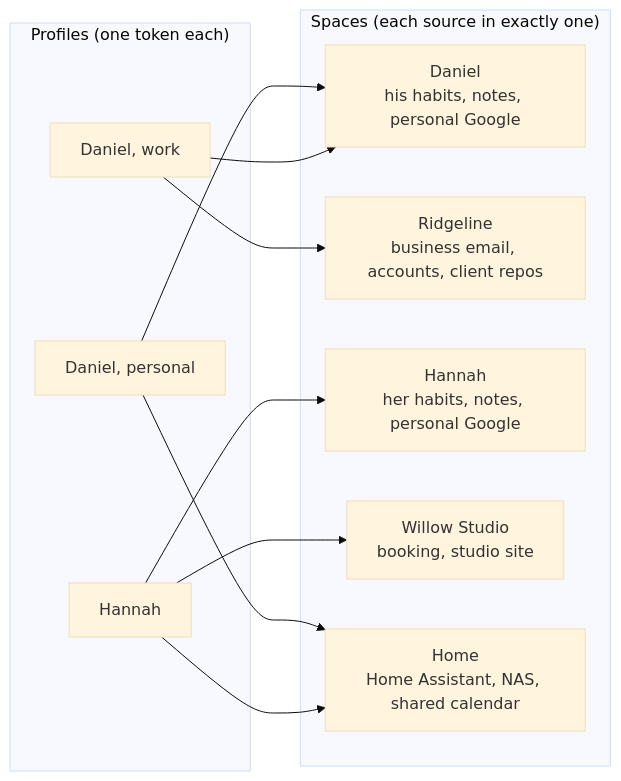
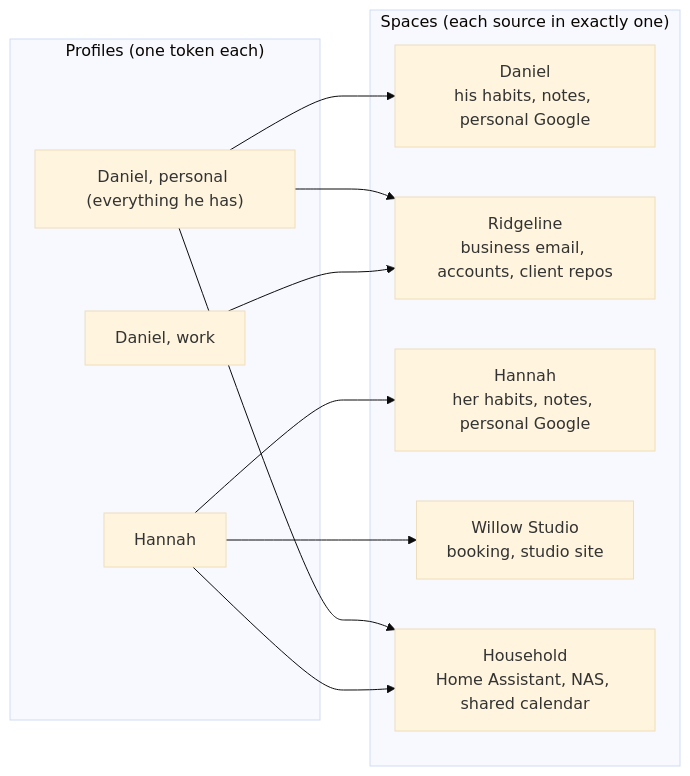
One commit to danielrosehill/Canopy changed the diagram in docs/spaces.md. Above: the diagram before and after it, drawn with Mermaid (base theme). The commit also changed other lines of this file and 1 other file, not shown here.

Commit message:
Spaces: Household instead of Home, a common space for keyless utilities, and profiles that match real use

````diff
--- a/docs/spaces.md
+++ b/docs/spaces.md
@@ -42,22 +42,22 @@
 ```mermaid
 flowchart LR
     subgraph profiles["Profiles (one token each)"]
-        dp["Daniel, personal"]
+        dp["Daniel, personal (everything he has)"]
         dw["Daniel, work"]
         hp["Hannah"]
     end
     subgraph spaces["Spaces (each source in exactly one)"]
         d["Daniel<br/>his habits, notes, personal Google"]
         r["Ridgeline<br/>business email, accounts, client repos"]
         h["Hannah<br/>her habits, notes, personal Google"]
         w["Willow Studio<br/>booking, studio site"]
-        home["Home<br/>Home Assistant, NAS, shared calendar"]
+        home["Household<br/>Home Assistant, NAS, shared calendar"]
     end
     dp --> d
+    dp --> r
     dp --> home
-    dw --> d
     dw --> r
     hp --> h
     hp --> w
     hp --> home
 ```
````
